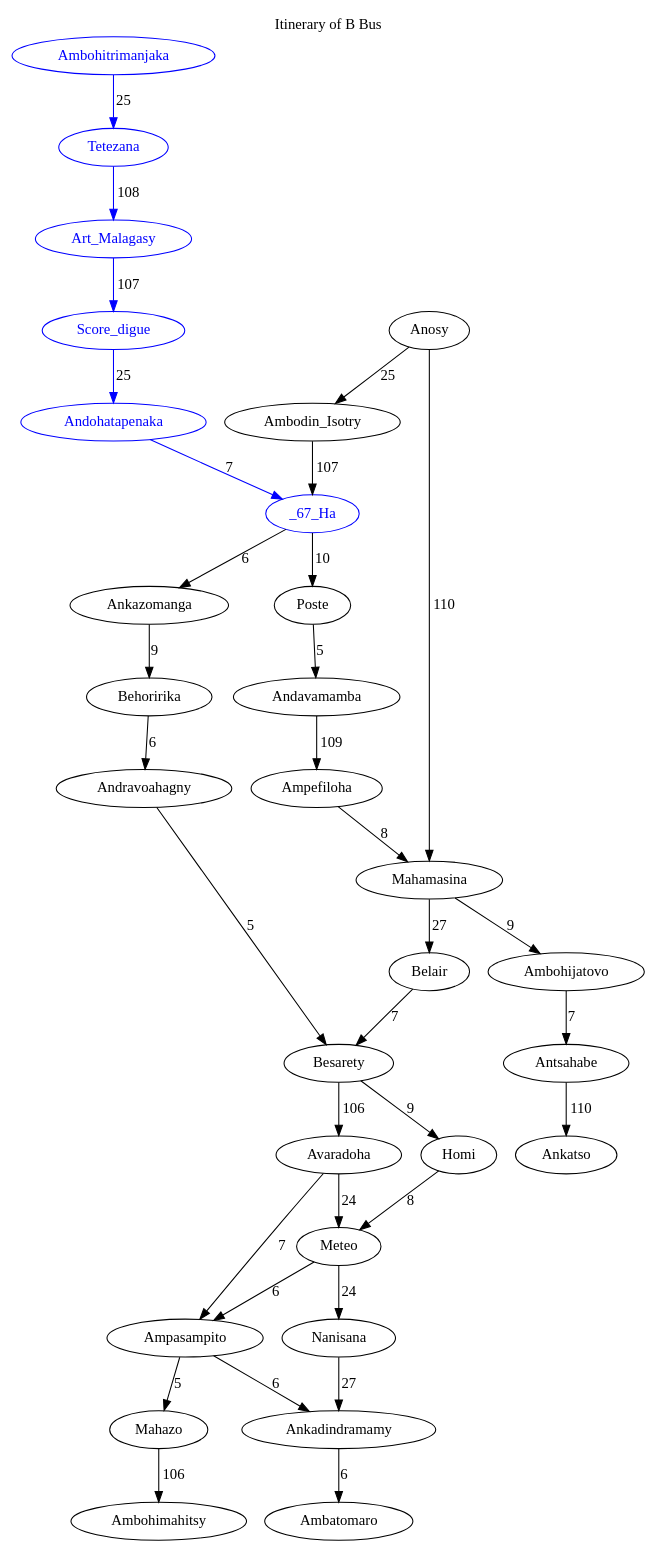
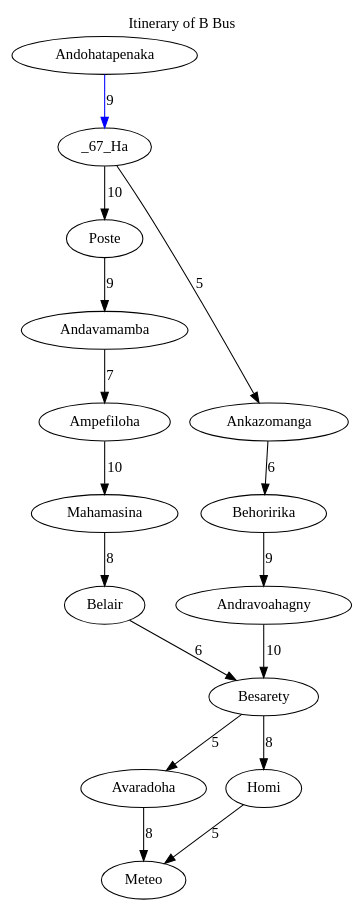
One commit to Online13/bus-path-finding changed the diagram in out/bus_B.gv. Above: the diagram before and after it, drawn with Graphviz. The commit also changed 10 other files, not shown here.

```diff
--- a/out/bus_B.gv
+++ b/out/bus_B.gv
@@ -1,75 +1,17 @@
 digraph G {
-	labelloc="t"	label="Itinerary of B Bus"	Ambodin_Isotry -> _67_Ha [weight=107, label="107"];
-	Art_Malagasy -> Score_digue [color="blue", weight=107, label="107"];
-	Antsahabe -> Ankatso [weight=110, label="110"];
-	Andavamamba -> Ampefiloha [weight=109, label="109"];
-	Ampefiloha -> Mahamasina [weight=8, label="8"];
+	labelloc="t"	label="Itinerary of B Bus"	Andavamamba -> Ampefiloha [weight=7, label="7"];
+	Ampefiloha -> Mahamasina [weight=10, label="10"];
 	_67_Ha -> Poste [weight=10, label="10"];
-	Meteo -> Ampasampito [weight=6, label="6"];
-	Andohatapenaka -> _67_Ha [color="blue", weight=7, label="7"];
-	Meteo -> Nanisana [weight=24, label="24"];
-	Mahamasina -> Belair [weight=27, label="27"];
-	Ankazomanga -> Behoririka [weight=9, label="9"];
-	Andravoahagny -> Besarety [weight=5, label="5"];
-	Besarety -> Avaradoha [weight=106, label="106"];
-	Ambohitrimanjaka -> Tetezana [color="blue", weight=25, label="25"];
-	Homi -> Meteo [weight=8, label="8"];
-	Ampasampito -> Mahazo [weight=5, label="5"];
-	Besarety -> Homi [weight=9, label="9"];
-	Tetezana -> Art_Malagasy [color="blue", weight=108, label="108"];
-	Ampasampito -> Ankadindramamy [weight=6, label="6"];
-	Poste -> Andavamamba [weight=5, label="5"];
-	_67_Ha -> Ankazomanga [weight=6, label="6"];
-	Behoririka -> Andravoahagny [weight=6, label="6"];
-	Score_digue -> Andohatapenaka [color="blue", weight=25, label="25"];
-	Mahamasina -> Ambohijatovo [weight=9, label="9"];
-	Anosy -> Mahamasina [weight=110, label="110"];
-	Ankadindramamy -> Ambatomaro [weight=6, label="6"];
-	Mahazo -> Ambohimahitsy [weight=106, label="106"];
-	Anosy -> Ambodin_Isotry [weight=25, label="25"];
-	Belair -> Besarety [weight=7, label="7"];
-	Avaradoha -> Meteo [weight=24, label="24"];
-	Ambohijatovo -> Antsahabe [weight=7, label="7"];
-	Avaradoha -> Ampasampito [weight=7, label="7"];
-	Nanisana -> Ankadindramamy [weight=27, label="27"];
-	Andohatapenaka [color="blue", fontcolor="blue"];
-	Ambohitrimanjaka [color="blue", fontcolor="blue"];
-	_67_Ha [color="blue", fontcolor="blue"];
-	Art_Malagasy [color="blue", fontcolor="blue"];
-	Tetezana [color="blue", fontcolor="blue"];
-	Score_digue [color="blue", fontcolor="blue"];
-	Poste;
-	Ampefiloha;
-	_67_Ha [color="blue", fontcolor="blue"];
-	Mahamasina;
-	Andavamamba;
-	Ankatso;
-	Ambohijatovo;
-	Antsahabe;
-	Besarety;
-	Meteo;
-	Nanisana;
-	Mahamasina;
-	Ambatomaro;
-	Avaradoha;
-	Anosy;
-	Belair;
-	Ankadindramamy;
-	Besarety;
-	Meteo;
-	Andravoahagny;
-	Behoririka;
-	_67_Ha [color="blue", fontcolor="blue"];
-	Ambodin_Isotry;
-	Ambatomaro;
-	Anosy;
-	Ankazomanga;
-	Homi;
-	Ampasampito;
-	Ankadindramamy;
-	Besarety;
-	Avaradoha;
-	Ambohimahitsy;
-	Mahazo;
-	Ampasampito;
+	Andohatapenaka -> _67_Ha [color="blue", weight=9, label="9"];
+	Mahamasina -> Belair [weight=8, label="8"];
+	Ankazomanga -> Behoririka [weight=6, label="6"];
+	Andravoahagny -> Besarety [weight=10, label="10"];
+	Besarety -> Avaradoha [weight=5, label="5"];
+	Homi -> Meteo [weight=5, label="5"];
+	Besarety -> Homi [weight=8, label="8"];
+	Poste -> Andavamamba [weight=9, label="9"];
+	_67_Ha -> Ankazomanga [weight=5, label="5"];
+	Behoririka -> Andravoahagny [weight=9, label="9"];
+	Belair -> Besarety [weight=6, label="6"];
+	Avaradoha -> Meteo [weight=8, label="8"];
 }
```
